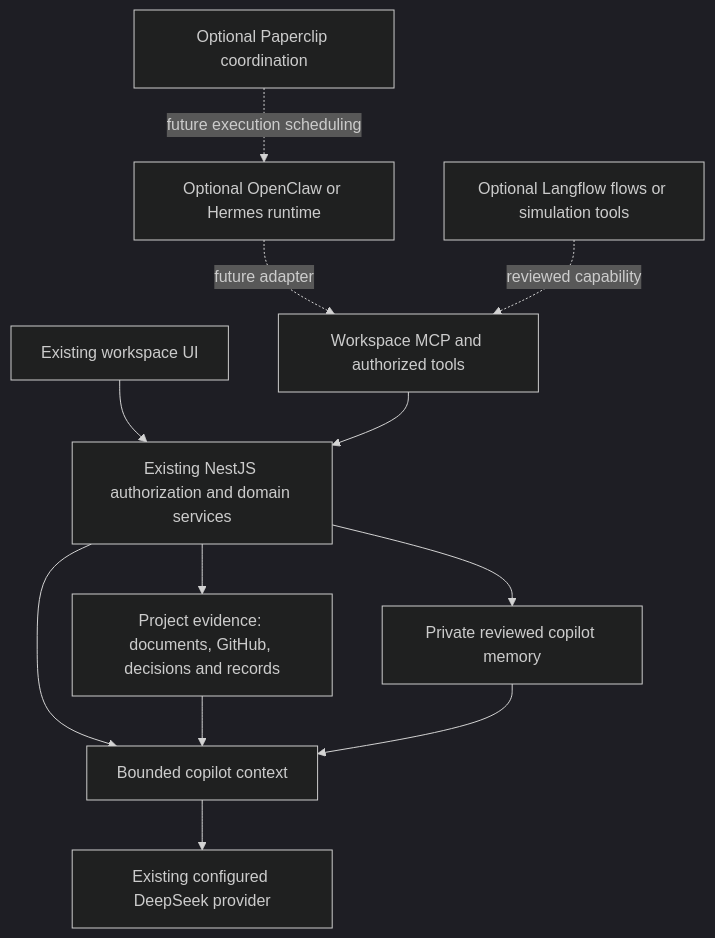
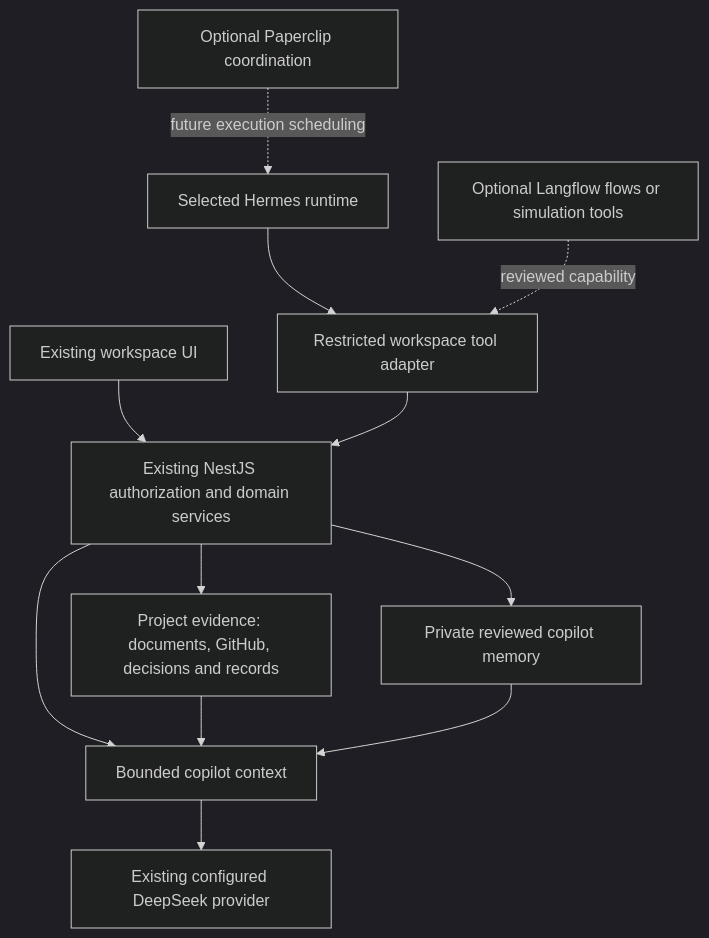
One commit to mengchheanglong/oscar-backend changed the diagram in docs/WORKSPACE_REUSE_BLUEPRINT.md. Above: the diagram before and after it, drawn with Mermaid (dark theme). The commit also changed other lines of this file and 25 other files, not shown here.

````diff
--- a/docs/WORKSPACE_REUSE_BLUEPRINT.md
+++ b/docs/WORKSPACE_REUSE_BLUEPRINT.md
@@ -75,14 +75,14 @@
 ```mermaid
 flowchart TD
   UI[Existing workspace UI] --> API[Existing NestJS authorization and domain services]
   API --> K[Project evidence: documents, GitHub, decisions and records]
   API --> M[Private reviewed copilot memory]
   API --> C[Bounded copilot context]
   K --> C
   M --> C
   C --> L[Existing configured DeepSeek provider]
-  R[Optional OpenClaw or Hermes runtime] -. future adapter .-> T[Workspace MCP and authorized tools]
+  R[Selected Hermes runtime] --> T[Restricted workspace tool adapter]
   T --> API
   F[Optional Langflow flows or simulation tools] -. reviewed capability .-> T
   P[Optional Paperclip coordination] -. future execution scheduling .-> R
 ```
````
